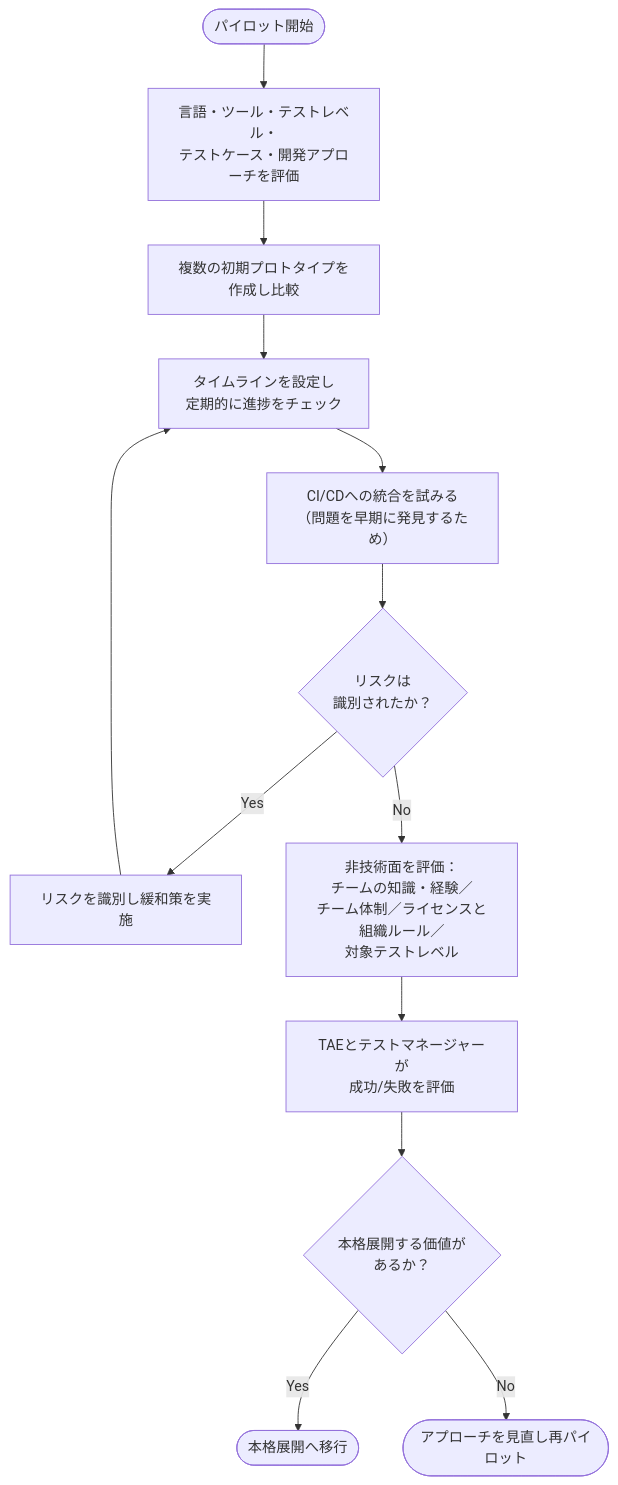
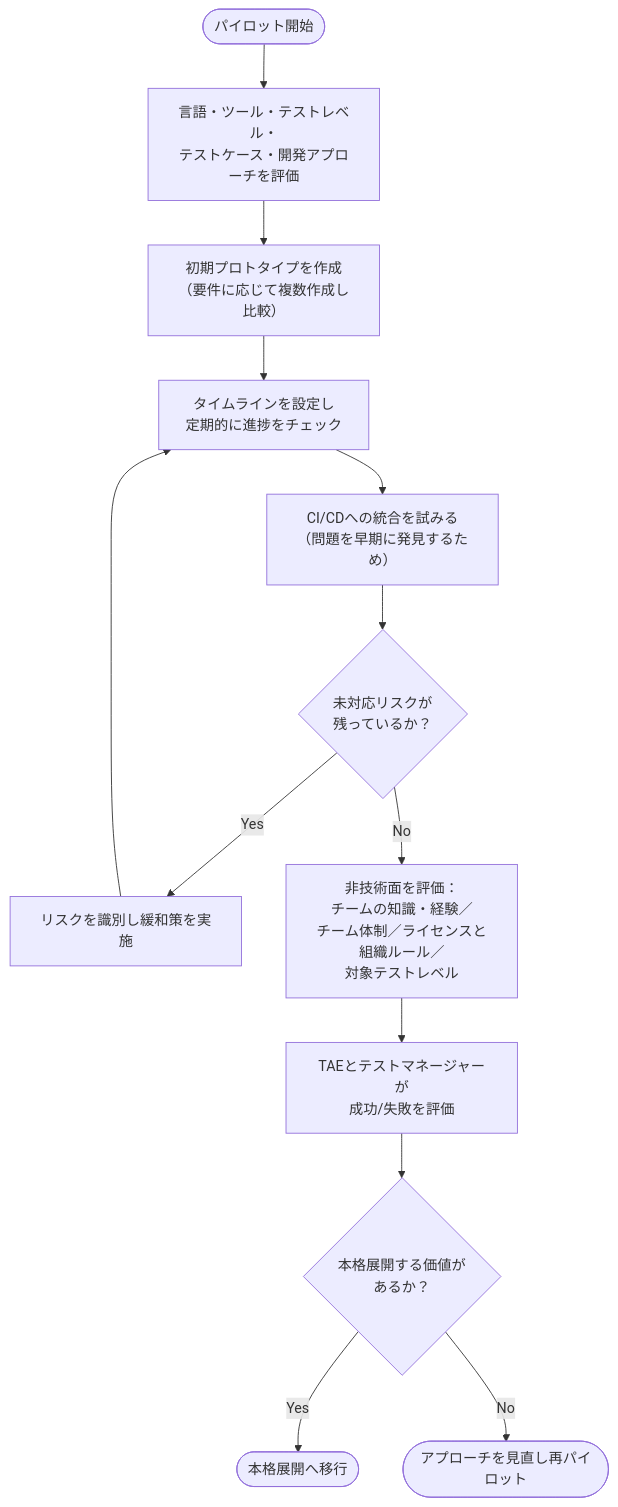
The second of 6 diagrams in Ctal-tae-v2.0-ch4-implementing-test-automation.md (myoshi2891/Quality-Assurance-Studies), drawn with Mermaid before and after one commit. The commit also changed other lines of this file and 2 other files, not shown here.

Commit message:
docs(ctal-tae): CTAL-TAE各章の解説記述・認知レベル説明およびMermaidフローの精緻化

````diff
--- a/Ctal-tae-v2.0-ch4-implementing-test-automation.md
+++ b/Ctal-tae-v2.0-ch4-implementing-test-automation.md
@@ -91,15 +91,15 @@
 ```mermaid
 flowchart TD
     START(["パイロット開始"]) --> PLAN["言語・ツール・テストレベル・<br/>テストケース・開発アプローチを評価"]
-    PLAN --> PROTO["複数の初期プロトタイプを作成し比較"]
+    PLAN --> PROTO["初期プロトタイプを作成<br/>（要件に応じて複数作成し比較）"]
     PROTO --> TIMELINE["タイムラインを設定し<br/>定期的に進捗をチェック"]
     TIMELINE --> CICD["CI/CDへの統合を試みる<br/>（問題を早期に発見するため）"]
-    CICD --> RISKCHECK{"リスクは<br/>識別されたか？"}
+    CICD --> RISKCHECK{"未対応リスクが<br/>残っているか？"}
     RISKCHECK -->|Yes| MITIGATE["リスクを識別し緩和策を実施"]
     MITIGATE --> TIMELINE
     RISKCHECK -->|No| NONTECH["非技術面を評価：<br/>チームの知識・経験／<br/>チーム体制／ライセンスと組織ルール／<br/>対象テストレベル"]
     NONTECH --> EVAL["TAEとテストマネージャーが<br/>成功/失敗を評価"]
     EVAL --> DECISION{"本格展開する価値が<br/>あるか？"}
     DECISION -->|Yes| SCALE(["本格展開へ移行"])
     DECISION -->|No| REVISE(["アプローチを見直し再パイロット"])
 ```
````
